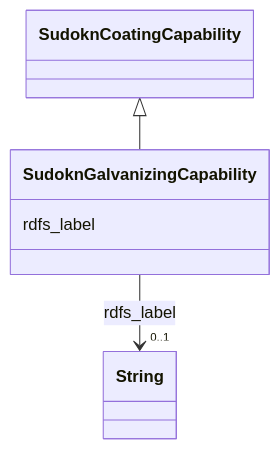
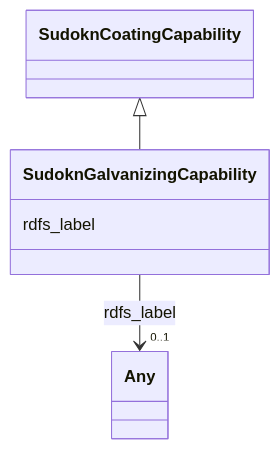
Before and after one commit to frink-okn/graph-descriptions: the diagram in sudokn-kg/classes/SudoknGalvanizingCapability.md, drawn with Mermaid. The commit also changed other lines of this file and 903 other files, not shown here.

````diff
--- a/sudokn-kg/classes/SudoknGalvanizingCapability.md
+++ b/sudokn-kg/classes/SudoknGalvanizingCapability.md
@@ -23,18 +18,18 @@
 ```mermaid
  classDiagram
     class SudoknGalvanizingCapability
     click SudoknGalvanizingCapability href "../SudoknGalvanizingCapability"
       SudoknCoatingCapability <|-- SudoknGalvanizingCapability
         click SudoknCoatingCapability href "../SudoknCoatingCapability"
       
       SudoknGalvanizingCapability : rdfs_label
         
           
     
     
-    SudoknGalvanizingCapability --> "0..1" String : rdfs_label
-    click String href "../String"
+    SudoknGalvanizingCapability --> "0..1" Any : rdfs_label
+    click Any href "../Any"
 
         
       
 ```
````
